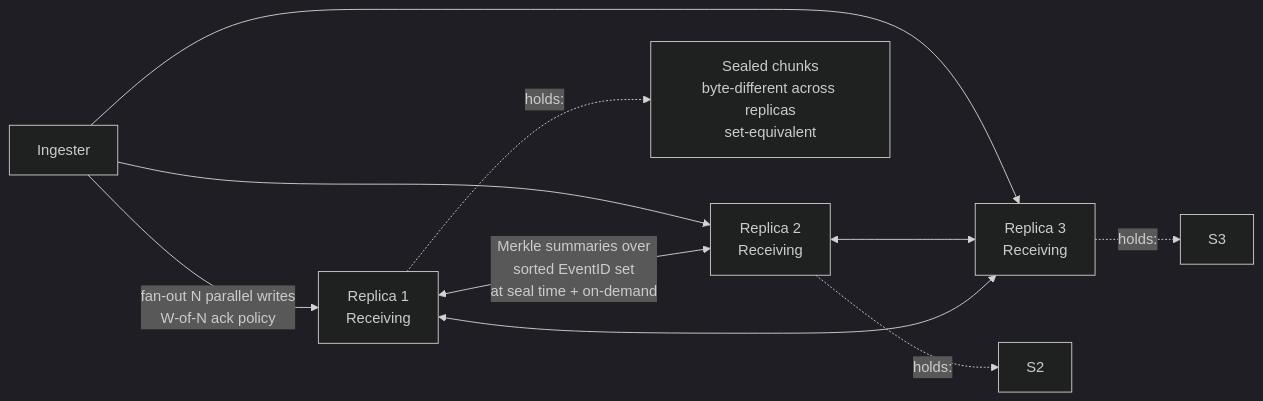
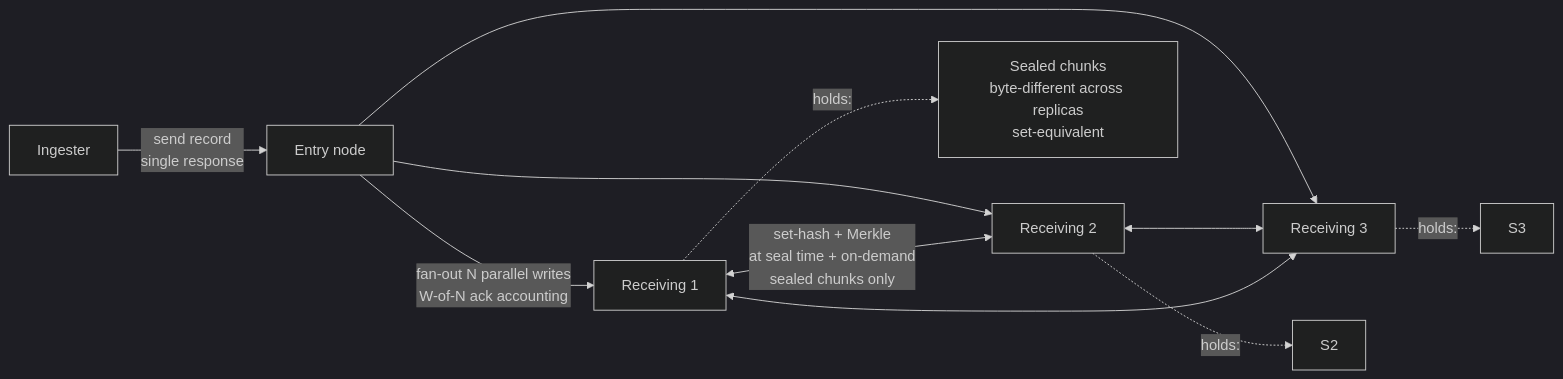
The diagram in docs/fan-out-data-plane-design.md (kluzzebass/gastrolog), drawn with Mermaid (dark theme) before and after one commit. The commit also changed other lines of this file and 1 other file, not shown here.

First line of the commit message:
docs(design): cluster-side fan-out via entry node; sealed-only reconcile (gastrolog-2ujjh)

````diff
--- a/docs/fan-out-data-plane-design.md
+++ b/docs/fan-out-data-plane-design.md
@@ -20,12 +27,13 @@
 ```mermaid
 flowchart LR
-    I[Ingester] -->|fan-out N parallel writes<br/>W-of-N ack policy| R1[Replica 1<br/>Receiving]
-    I --> R2[Replica 2<br/>Receiving]
-    I --> R3[Replica 3<br/>Receiving]
-    R1 <-->|Merkle summaries over<br/>sorted EventID set<br/>at seal time + on-demand| R2
+    I[Ingester] -->|send record<br/>single response| E[Entry node]
+    E -->|fan-out N parallel writes<br/>W-of-N ack accounting| R1[Receiving 1]
+    E --> R2[Receiving 2]
+    E --> R3[Receiving 3]
+    R1 <-->|set-hash + Merkle<br/>at seal time + on-demand<br/>sealed chunks only| R2
     R2 <--> R3
     R1 <--> R3
     R1 -.holds:.-> S1[Sealed chunks<br/>byte-different across replicas<br/>set-equivalent]
     R2 -.holds:.-> S2
     R3 -.holds:.-> S3
 ```
````
